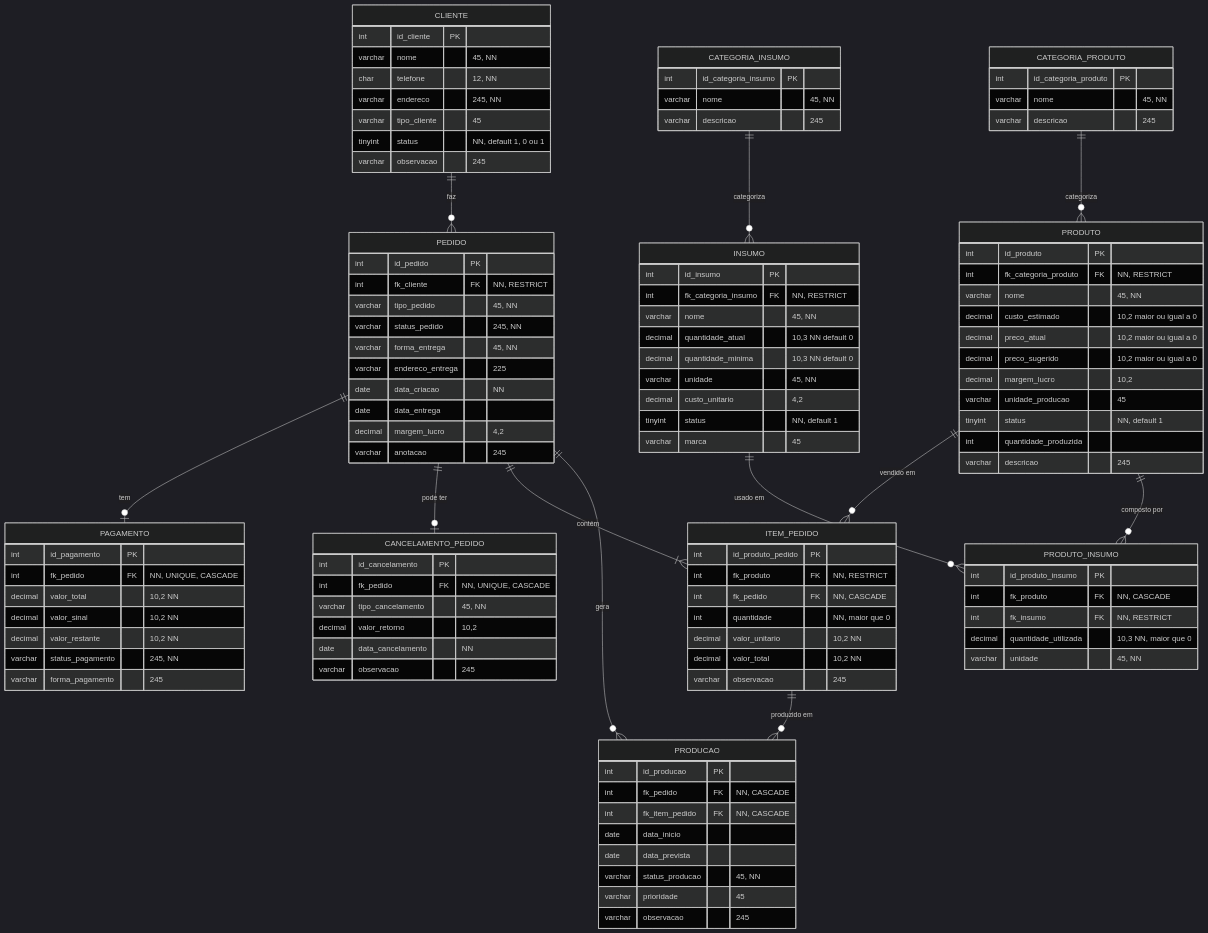
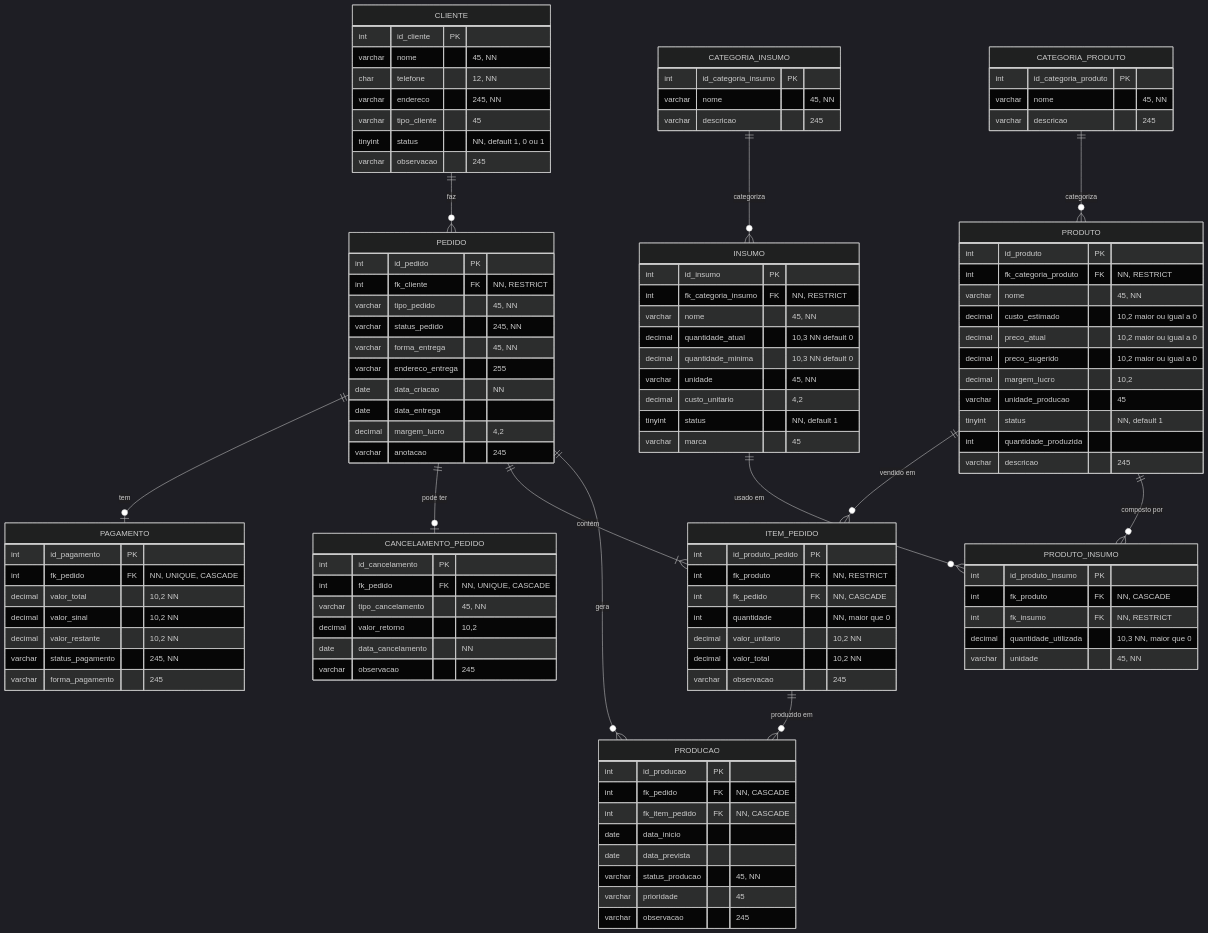
Before and after one commit to projeto-doceterapia/documentacao: the first of 2 diagrams in docs/10-arquitetura/06-banco-de-dados.md, drawn with Mermaid (dark theme). The commit also changed 16 other files, not shown here.

```diff
--- a/docs/10-arquitetura/06-banco-de-dados.md
+++ b/docs/10-arquitetura/06-banco-de-dados.md
@@ -69,7 +69,7 @@
         varchar tipo_pedido "45, NN"
         varchar status_pedido "245, NN"
         varchar forma_entrega "45, NN"
-        varchar endereco_entrega "225"
+        varchar endereco_entrega "255"
         date data_criacao "NN"
         date data_entrega
         decimal margem_lucro "4,2"
```
